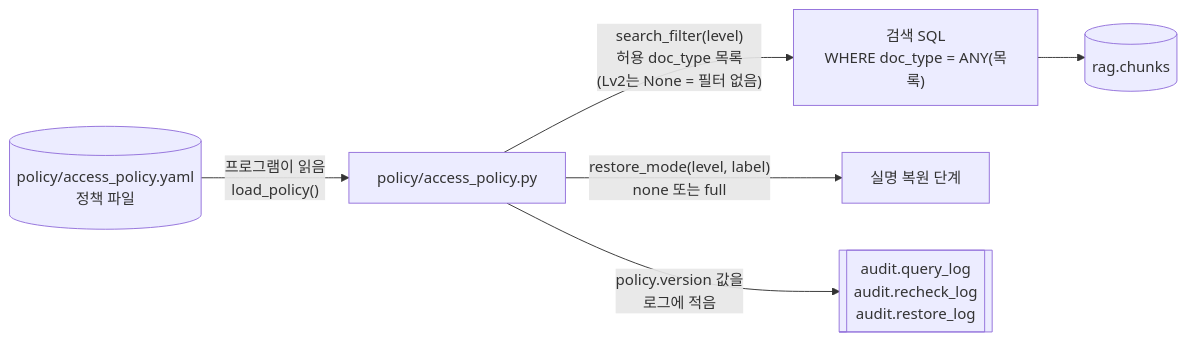
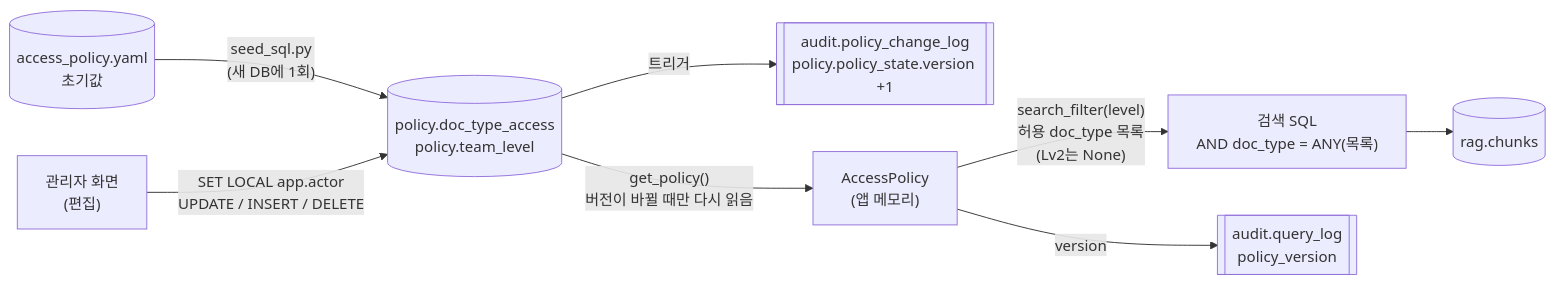
One commit to taewoo26/nlp_like_lion_chatbot_03 changed the third of 3 diagrams in docs/permission_schema.md. Above: the diagram before and after it, drawn with Mermaid. The commit also changed other lines of this file and 17 other files, not shown here.

````diff
--- a/docs/permission_schema.md
+++ b/docs/permission_schema.md
@@ -138,8 +178,10 @@
 ```mermaid
 flowchart LR
-    Y[("policy/access_policy.yaml<br/>정책 파일")] -->|"프로그램이 읽음<br/>load_policy()"| M["policy/access_policy.py"]
-    M -->|"search_filter(level)<br/>허용 doc_type 목록<br/>(Lv2는 None = 필터 없음)"| Q["검색 SQL<br/>WHERE doc_type = ANY(목록)"]
+    Y[("access_policy.yaml<br/>초기값")] -->|"seed_sql.py<br/>(새 DB에 1회)"| D[("policy.doc_type_access<br/>policy.team_level")]
+    AD["관리자 화면<br/>(편집)"] -->|"SET LOCAL app.actor<br/>UPDATE / INSERT / DELETE"| D
+    D -->|"트리거"| CL[["audit.policy_change_log<br/>policy.policy_state.version +1"]]
+    D -->|"get_policy()<br/>버전이 바뀔 때만 다시 읽음"| M["AccessPolicy<br/>(앱 메모리)"]
+    M -->|"search_filter(level)<br/>허용 doc_type 목록<br/>(Lv2는 None)"| Q["검색 SQL<br/>AND doc_type = ANY(목록)"]
     Q --> C[("rag.chunks")]
-    M -->|"restore_mode(level, label)<br/>none 또는 full"| R["실명 복원 단계"]
-    M -->|"policy.version 값을<br/>로그에 적음"| L[["audit.query_log<br/>audit.recheck_log<br/>audit.restore_log"]]
+    M -->|"version"| L[["audit.query_log<br/>policy_version"]]
 ```
````
